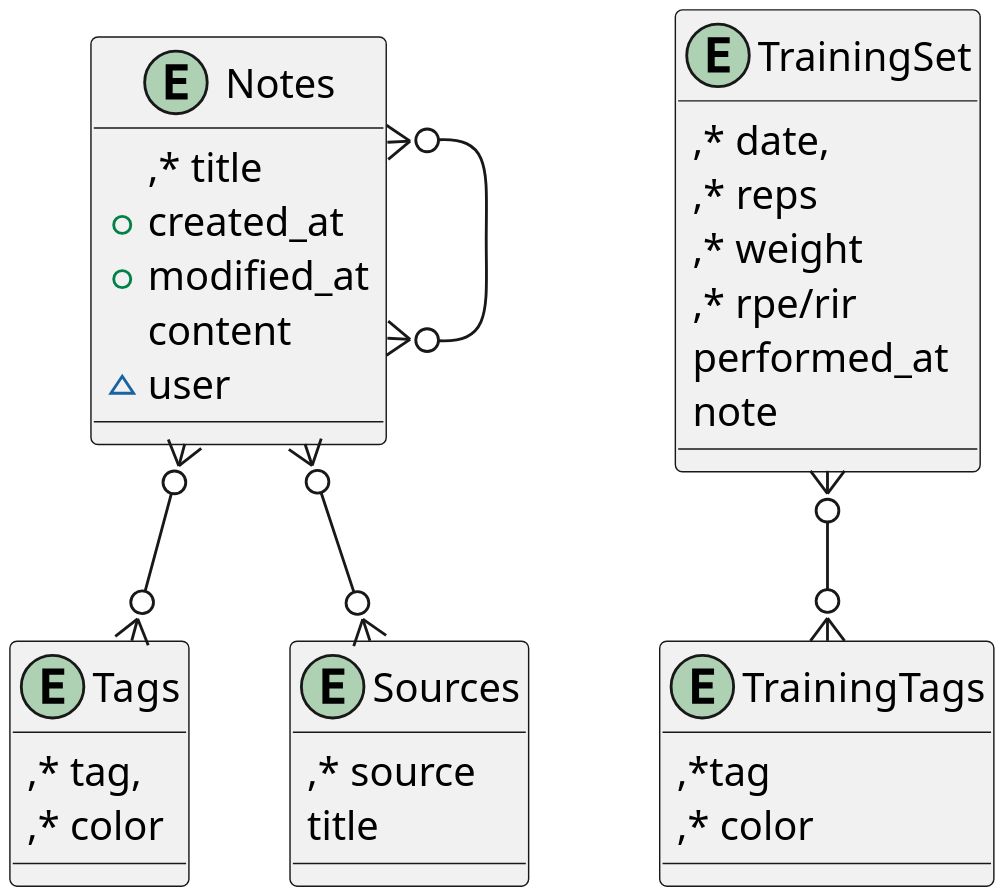
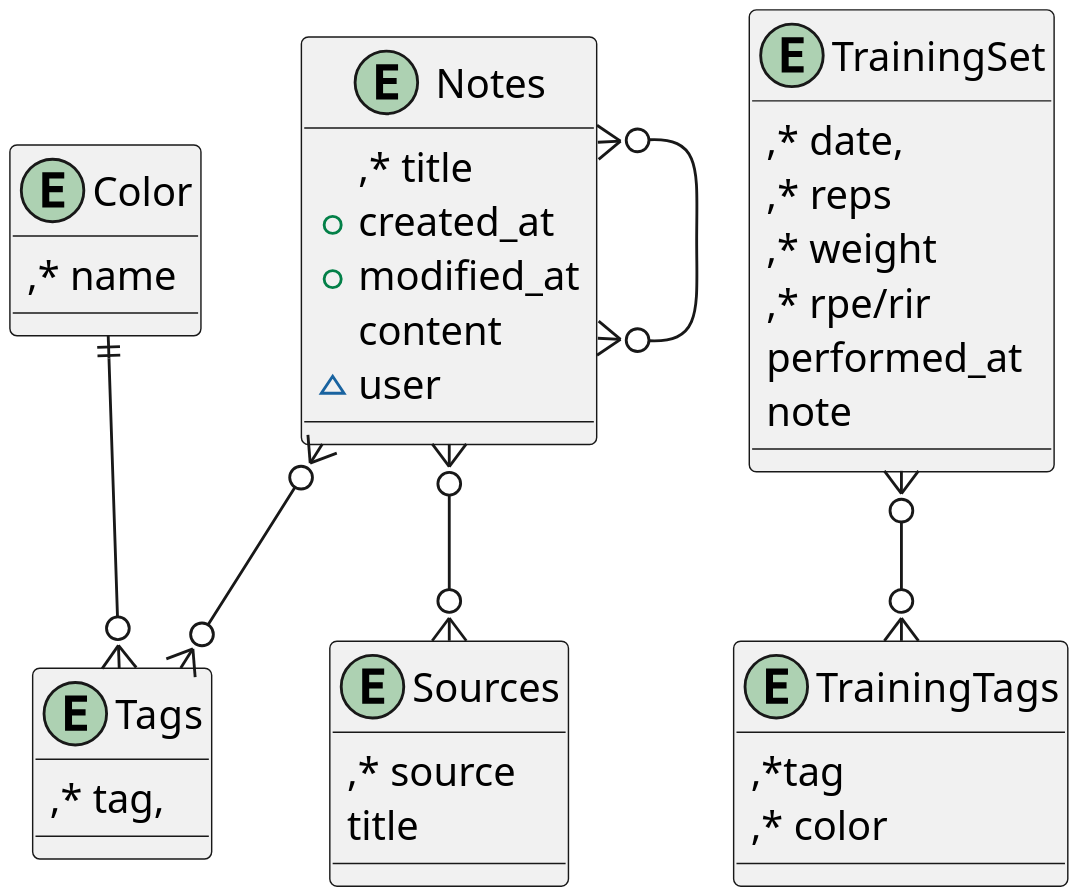
The diagram in BACKLOG.org (CarlBATI/Backend_Web_NodeJS_API), drawn with PlantUML before and after one commit. The commit also changed other lines of this file and 1 other file, not shown here.

Commit message:
Add Color entity to ERD and update Sources table schema, source description is string instead of text.

```diff
--- a/BACKLOG.org
+++ b/BACKLOG.org
@@ -15,43 +15,48 @@
 #+begin_src plantuml
 @startuml
 skinparam dpi 300
 entity "Notes" as N {
         ,* title
         +created_at
         +modified_at
         content
         ~user
 }
+
+entity "Color" as C {
+        ,* name
+}
+
 entity "Tags" as T {
         ,* tag,
-        ,* color
 }
 
 entity "Sources" as S {
         ,* source
         title
 }
 
 
 entity "TrainingSet" as TS {
         ,* date,
         ,* reps
         ,* weight
         ,* rpe/rir
         performed_at
         note
 }
 
 
 entity "TrainingTags" as TT {
         ,*tag
         ,* color
 }
 
 N}o--o{N
+C||--o{T
 N}o--o{T
 N}o--o{S
 
 TS}o--o{TT
 @enduml
 #+end_src
```
